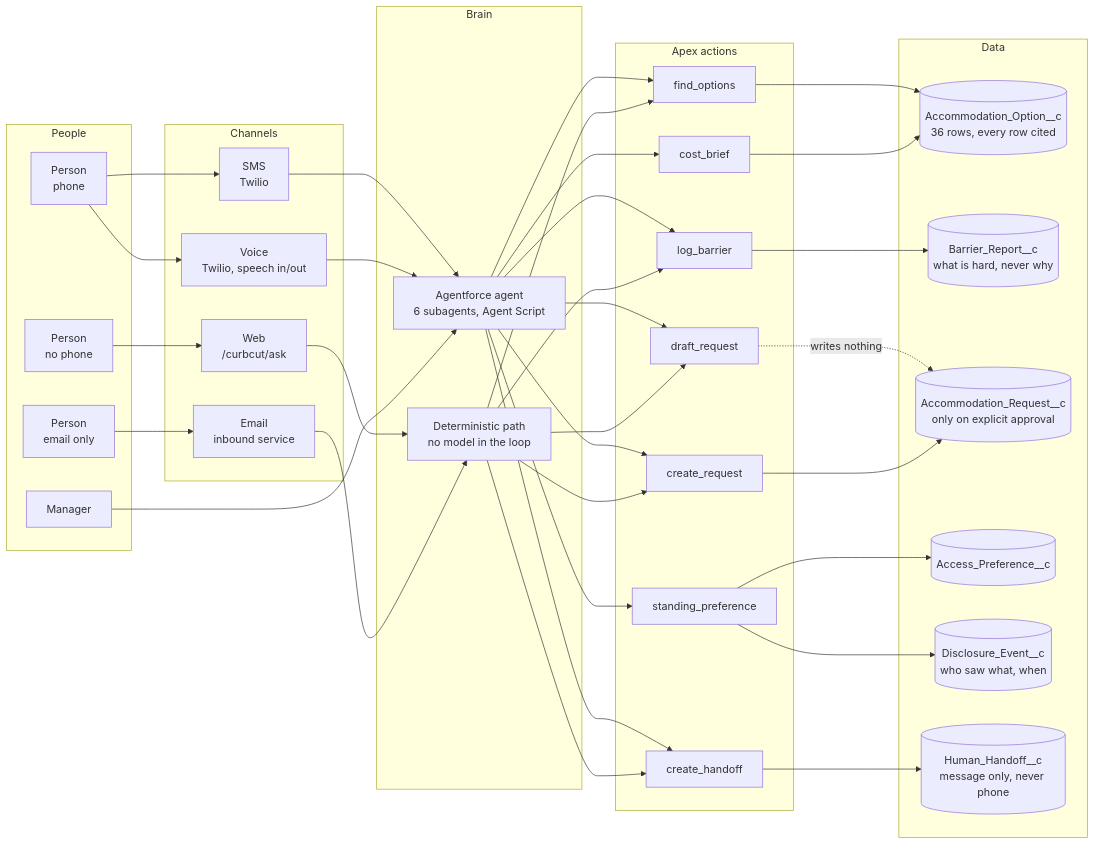
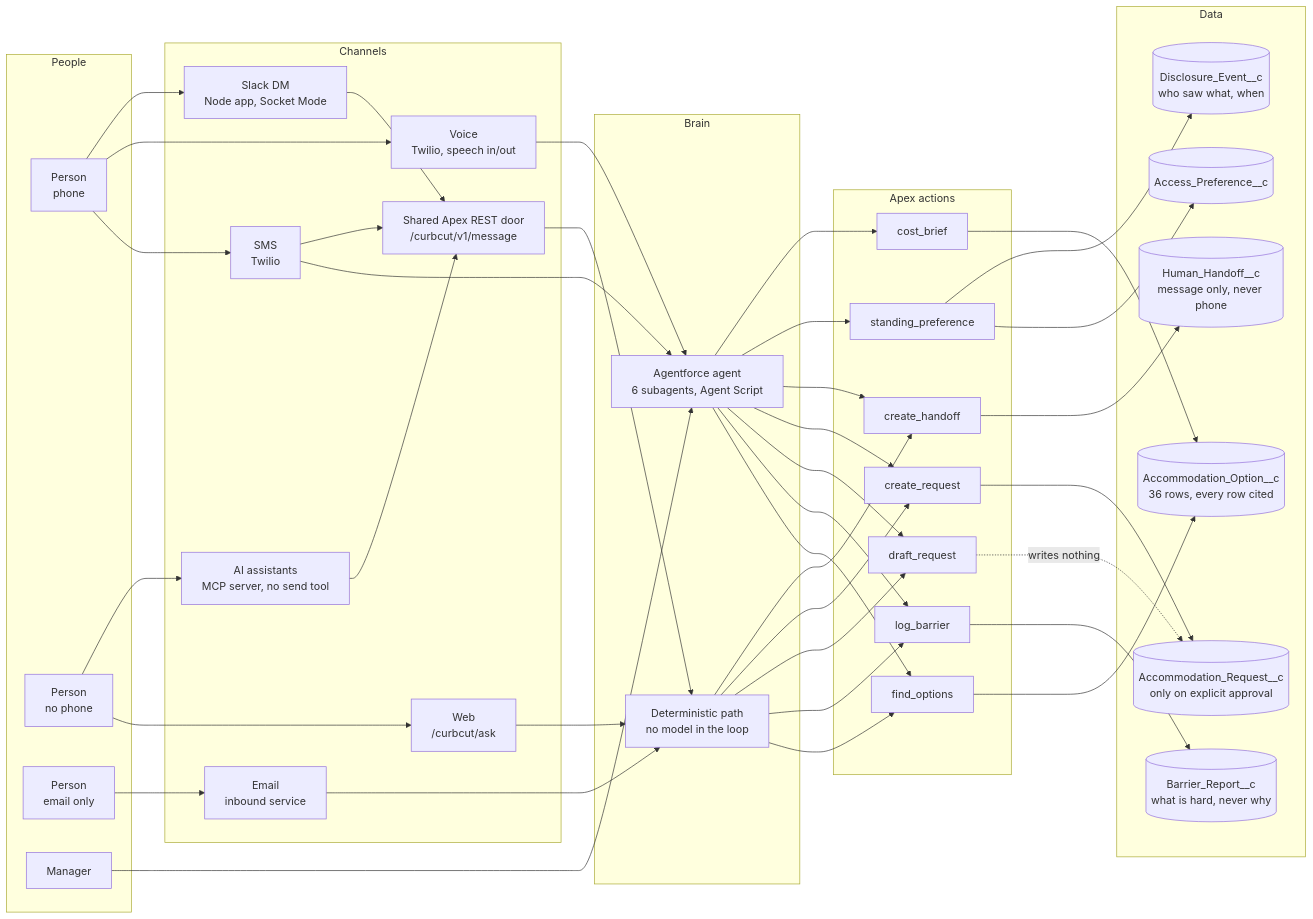
One commit to parthsevak2/curb-cut changed the first of 3 diagrams in docs/ARCHITECTURE.md. Above: the diagram before and after it, drawn with Mermaid. The commit also changed other lines of this file and 14 other files, not shown here.

````diff
--- a/docs/ARCHITECTURE.md
+++ b/docs/ARCHITECTURE.md
@@ -5,57 +5,64 @@
 ```mermaid
 flowchart LR
   subgraph People
     P1["Person<br/>phone"]
     P2["Person<br/>no phone"]
     P3["Person<br/>email only"]
     M["Manager"]
   end
 
   subgraph Channels
     SMS["SMS<br/>Twilio"]
     VOICE["Voice<br/>Twilio, speech in/out"]
     WEB["Web<br/>/curbcut/ask"]
     EMAIL["Email<br/>inbound service"]
+    SLACK["Slack DM<br/>Node app, Socket Mode"]
+    MCPS["AI assistants<br/>MCP server, no send tool"]
+    REST["Shared Apex REST door<br/>/curbcut/v1/message"]
   end
 
   subgraph Brain
     AGENT["Agentforce agent<br/>6 subagents, Agent Script"]
     DET["Deterministic path<br/>no model in the loop"]
   end
 
   subgraph Actions["Apex actions"]
     A1["find_options"]
     A2["log_barrier"]
     A3["draft_request"]
     A4["create_request"]
     A5["create_handoff"]
     A6["standing_preference"]
     A7["cost_brief"]
   end
 
   subgraph Data
     LIB[("Accommodation_Option__c<br/>36 rows, every row cited")]
     BR[("Barrier_Report__c<br/>what is hard, never why")]
     AR[("Accommodation_Request__c<br/>only on explicit approval")]
     PREF[("Access_Preference__c")]
     DISC[("Disclosure_Event__c<br/>who saw what, when")]
     HH[("Human_Handoff__c<br/>message only, never phone")]
   end
 
   P1 --> SMS --> AGENT
   P1 --> VOICE --> AGENT
   P2 --> WEB --> DET
   P3 --> EMAIL --> DET
+  P1 --> SLACK --> REST
+  P2 --> MCPS --> REST
+  SMS --> REST
+  REST --> DET
   M --> AGENT
 
   AGENT --> A1 & A2 & A3 & A4 & A5 & A6 & A7
   DET --> A1 & A2 & A3 & A4 & A5
 
   A1 --> LIB
   A2 --> BR
   A3 -.->|writes nothing| AR
   A4 --> AR
   A5 --> HH
   A6 --> PREF & DISC
   A7 --> LIB
 ```
````
